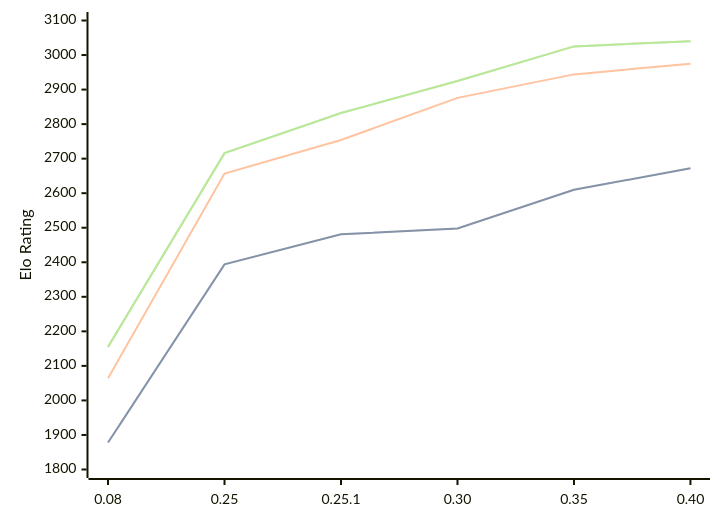
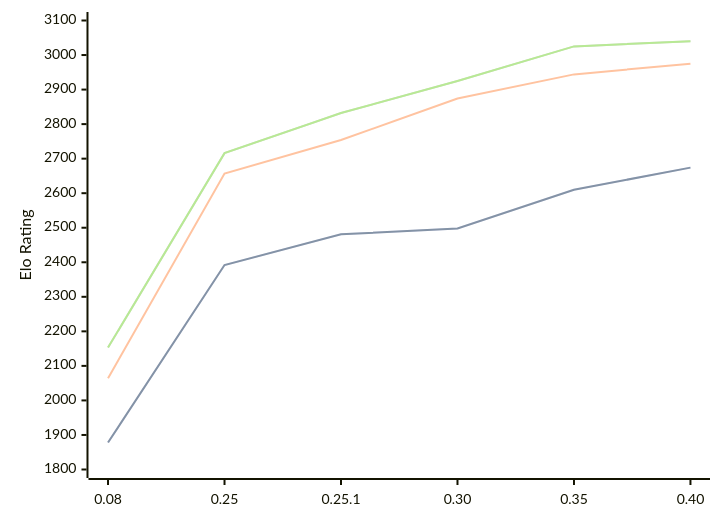
Before and after one commit to computer-chess-index/cci: the diagram in engines/Gecko.md, drawn with Mermaid. The commit also changed other lines of this file, not shown here.

Commit message:
Update CCI Ratings (ELO VLTC) - 2026-08-28

````diff
--- a/engines/Gecko.md
+++ b/engines/Gecko.md
@@ -36,11 +36,11 @@
 ```mermaid
 %%{init: {"theme":"base","themeVariables":{"seriesColors:['#a3a3a3','#222221','#faa371']}}}%%
 xychart-beta
   x-axis ["0.08", "0.25", "0.25.1", "0.30", "0.35", "0.40"]
   y-axis "Elo Rating" 1800 --> 3100
-  line "" [1878, 2394, 2481, 2498, 2610, 2672]
-  line "STC (8.0+0.08s)" [1878, 2394, 2481, 2498, 2610, 2672]
-  line "LTC (60.0+0.60s)" [2064, 2657, 2754, 2876, 2944, 2975]
-  line "" [2155, 2716, 2832, 2925, 3025, 3040]
-  line "VLTC (2m24s+1.12s)" [2155, 2716, 2832, 2925, 3025, 3040]
+  line "" [1878, 2392, 2481, 2498, 2610, 2674]
+  line "STC (8.0+0.08s)" [1878, 2392, 2481, 2498, 2610, 2674]
+  line "LTC (60.0+0.60s)" [2064, 2657, 2754, 2874, 2944, 2975]
+  line "" [2153, 2716, 2832, 2925, 3025, 3040]
+  line "VLTC (2m24s+1.12s)" [2153, 2716, 2832, 2925, 3025, 3040]
 ```
````
